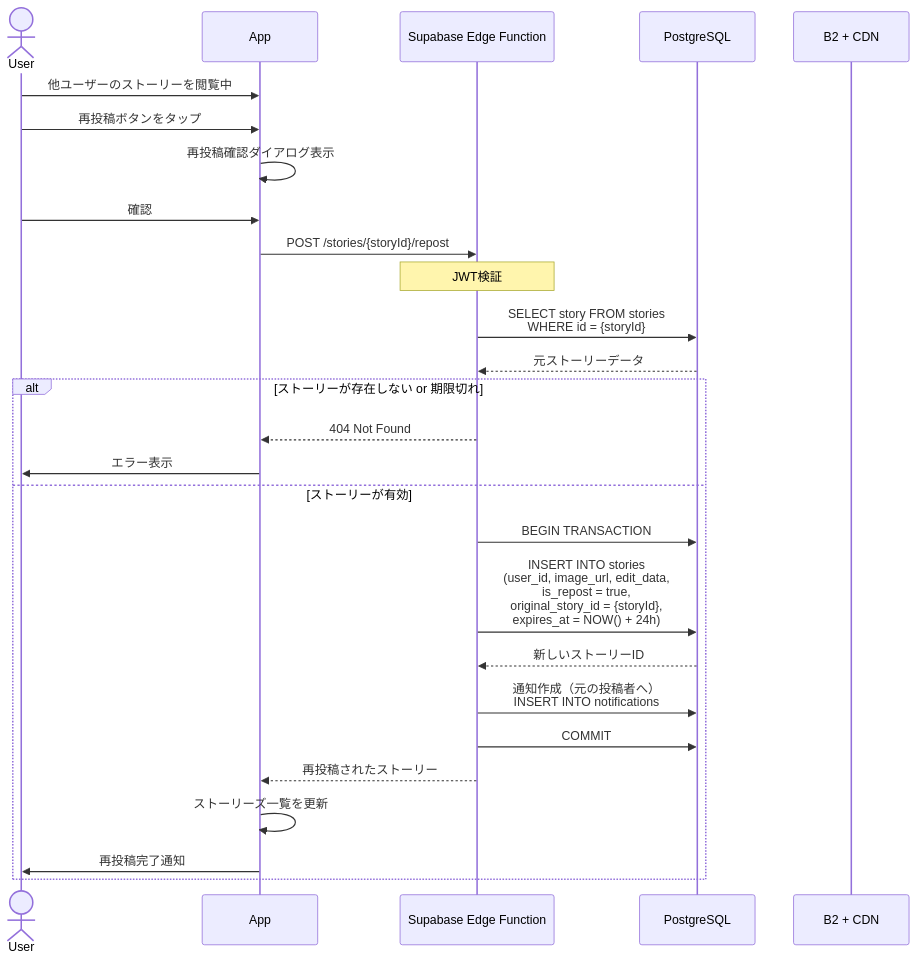
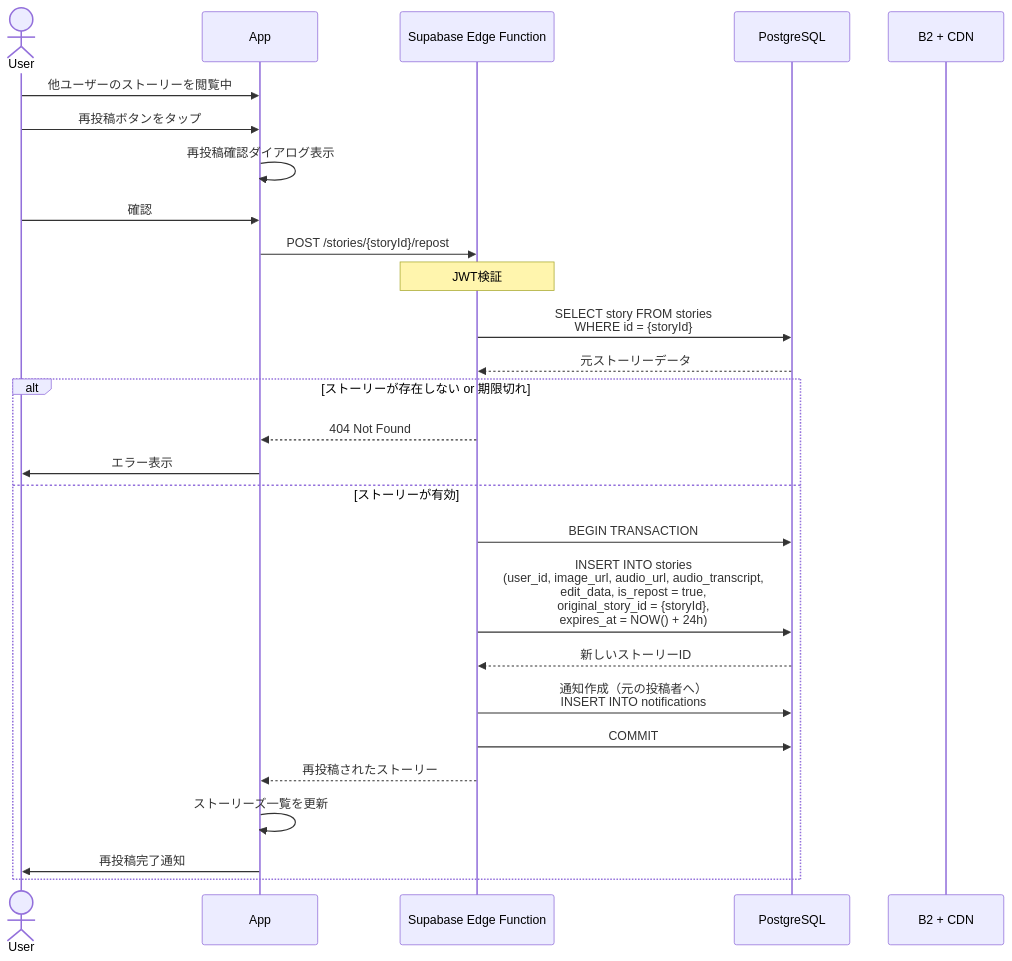
The third of 6 diagrams in doc/sequences/10_stories.md (okap-goldman/kanushi), drawn with Mermaid before and after one commit. The commit also changed other lines of this file and 88 other files, not shown here.

````diff
--- a/doc/sequences/10_stories.md
+++ b/doc/sequences/10_stories.md
@@ -83,41 +95,41 @@
 ```mermaid
 sequenceDiagram
     actor User
     participant App
     participant API as Supabase Edge Function
     participant DB as PostgreSQL
     participant Storage as B2 + CDN
 
     User->>App: 他ユーザーのストーリーを閲覧中
     User->>App: 再投稿ボタンをタップ
     
     App->>App: 再投稿確認ダイアログ表示
     User->>App: 確認
     
     App->>API: POST /stories/{storyId}/repost
     
     Note over API: JWT検証
     
     API->>DB: SELECT story FROM stories<br/>WHERE id = {storyId}
     DB-->>API: 元ストーリーデータ
     
     alt ストーリーが存在しない or 期限切れ
         API-->>App: 404 Not Found
         App->>User: エラー表示
     else ストーリーが有効
         API->>DB: BEGIN TRANSACTION
         
-        API->>DB: INSERT INTO stories<br/>(user_id, image_url, edit_data,<br/>is_repost = true,<br/>original_story_id = {storyId},<br/>expires_at = NOW() + 24h)
+        API->>DB: INSERT INTO stories<br/>(user_id, image_url, audio_url, audio_transcript,<br/>edit_data, is_repost = true,<br/>original_story_id = {storyId},<br/>expires_at = NOW() + 24h)
         
         DB-->>API: 新しいストーリーID
         
         API->>DB: 通知作成（元の投稿者へ）<br/>INSERT INTO notifications
         
         API->>DB: COMMIT
         
         API-->>App: 再投稿されたストーリー
         
         App->>App: ストーリーズ一覧を更新
         App->>User: 再投稿完了通知
     end
 ```
````
